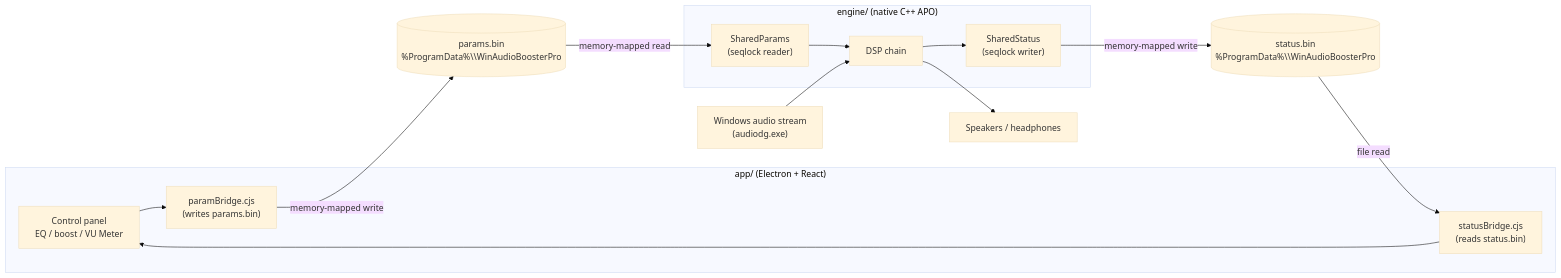
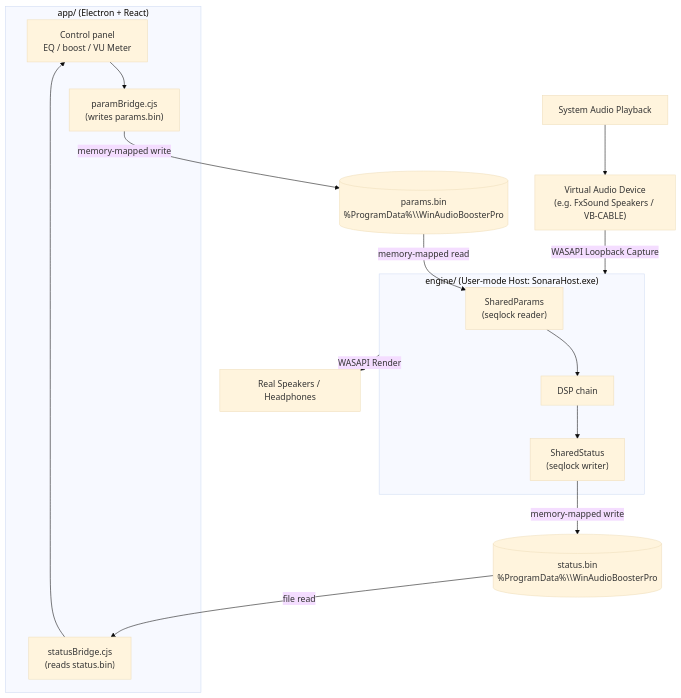
The diagram in docs/ARCHITECTURE.md (islamdev96/Sonara), drawn with Mermaid (base theme) before and after one commit. The commit also changed other lines of this file and 6 other files, not shown here.

````diff
--- a/docs/ARCHITECTURE.md
+++ b/docs/ARCHITECTURE.md
@@ -7,27 +7,30 @@
 ```mermaid
-flowchart LR
+flowchart TD
     subgraph App["app/ (Electron + React)"]
         UI["Control panel\nEQ / boost / VU Meter"]
         Bridge["paramBridge.cjs\n(writes params.bin)"]
         StatusBridge["statusBridge.cjs\n(reads status.bin)"]
         UI --> Bridge
         StatusBridge --> UI
     end
 
     Params[("params.bin\n%ProgramData%\\WinAudioBoosterPro")]
     Status[("status.bin\n%ProgramData%\\WinAudioBoosterPro")]
     Bridge -- "memory-mapped write" --> Params
     Status -- "file read" --> StatusBridge
 
-    subgraph Engine["engine/ (native C++ APO)"]
+    subgraph Host["engine/ (User-mode Host: SonaraHost.exe)"]
         Shared["SharedParams\n(seqlock reader)"]
         SharedStatus["SharedStatus\n(seqlock writer)"]
         Chain["DSP chain"]
         Shared --> Chain
         Chain --> SharedStatus
     end
 
     Params -- "memory-mapped read" --> Shared
     SharedStatus -- "memory-mapped write" --> Status
-    Audio["Windows audio stream\n(audiodg.exe)"] --> Chain --> Out["Speakers / headphones"]
+    
+    AudioIn["System Audio Playback"] --> VAD["Virtual Audio Device\n(e.g. FxSound Speakers / VB-CABLE)"]
+    VAD -- "WASAPI Loopback Capture" --> Host
+    Host -- "WASAPI Render" --> Out["Real Speakers / Headphones"]
 ```
````
